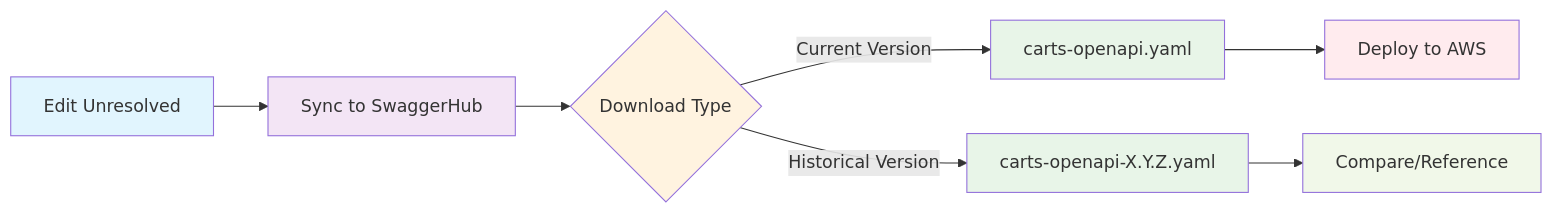
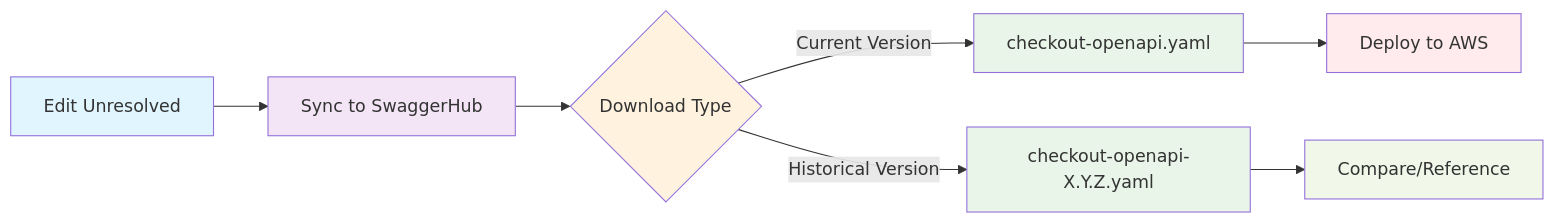
The diagram in openapi-spec-workflow/OpenAPI-Specification-Workflow.md (dacarey/my-checkout-api), drawn with Mermaid before and after one commit. The commit also changed other lines of this file and 15 other files, not shown here.

````diff
--- a/openapi-spec-workflow/OpenAPI-Specification-Workflow.md
+++ b/openapi-spec-workflow/OpenAPI-Specification-Workflow.md
@@ -52,17 +52,17 @@
 ```mermaid
 graph LR
     A[Edit Unresolved] --> B[Sync to SwaggerHub]
     B --> C{Download Type}
-    C -->|Current Version| D[carts-openapi.yaml]
-    C -->|Historical Version| E[carts-openapi-X.Y.Z.yaml]
+    C -->|Current Version| D[checkout-openapi.yaml]
+    C -->|Historical Version| E[checkout-openapi-X.Y.Z.yaml]
     D --> F[Deploy to AWS]
     E --> G[Compare/Reference]
 
     style A fill:#e1f5fe
     style B fill:#f3e5f5
     style C fill:#fff3e0
     style D fill:#e8f5e8
     style E fill:#e8f5e8
     style F fill:#ffebee
     style G fill:#f1f8e9
 ```
````
